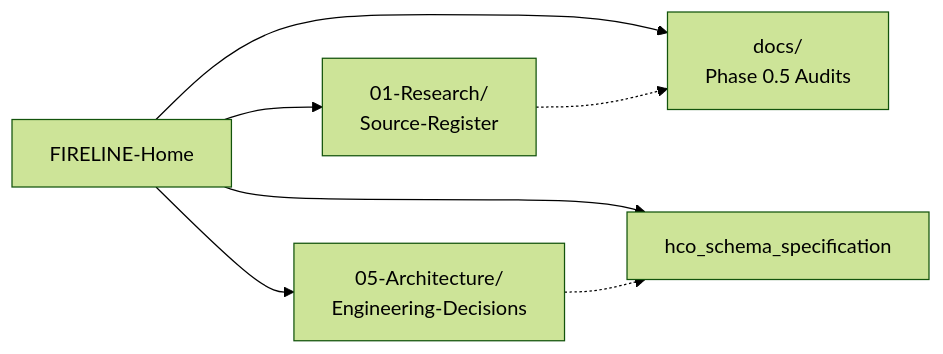
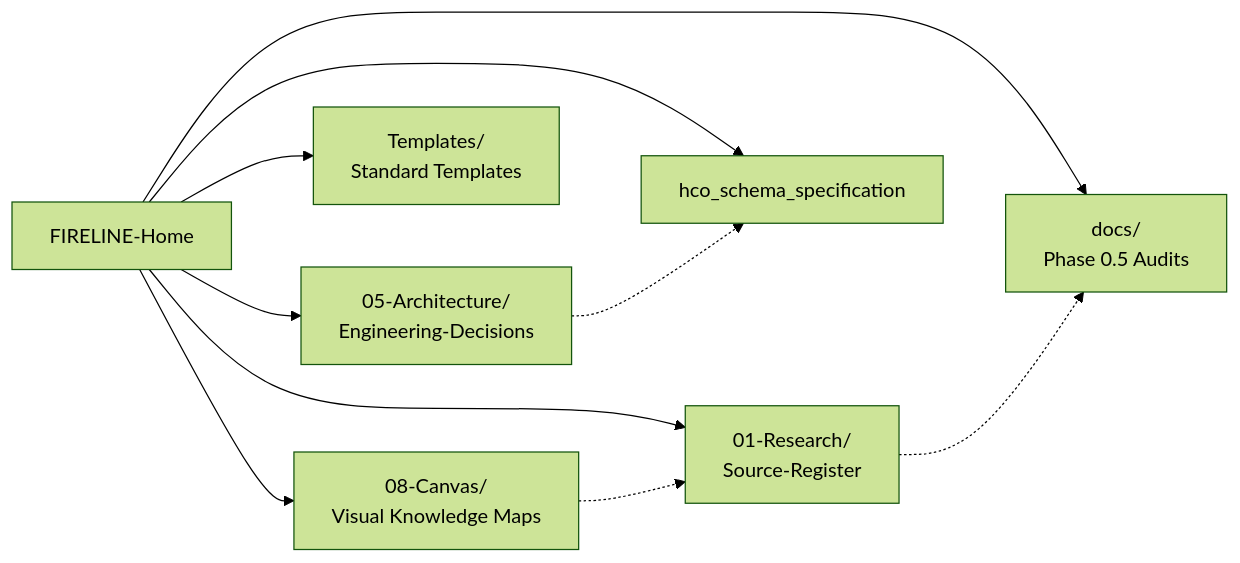
The diagram in FIRELINE-Home.md (Optimus1o1/fireline), drawn with Mermaid (forest theme) before and after one commit. The commit also changed other lines of this file and 5 other files, not shown here.

Commit message:
docs: add FIRELINE knowledge maps and documentation templates

````diff
--- a/FIRELINE-Home.md
+++ b/FIRELINE-Home.md
@@ -16,10 +16,13 @@
 ```mermaid
 flowchart LR
     HOME["FIRELINE-Home"] --> RES["01-Research/<br>Source-Register"]
     HOME --> ARCH["05-Architecture/<br>Engineering-Decisions"]
     HOME --> SPEC["hco_schema_specification"]
+    HOME --> CANVAS["08-Canvas/<br>Visual Knowledge Maps"]
+    HOME --> TEMPL["Templates/<br>Standard Templates"]
     HOME --> AUDIT["docs/<br>Phase 0.5 Audits"]
     
     RES -.-> AUDIT
     ARCH -.-> SPEC
+    CANVAS -.-> RES
 ```
````
